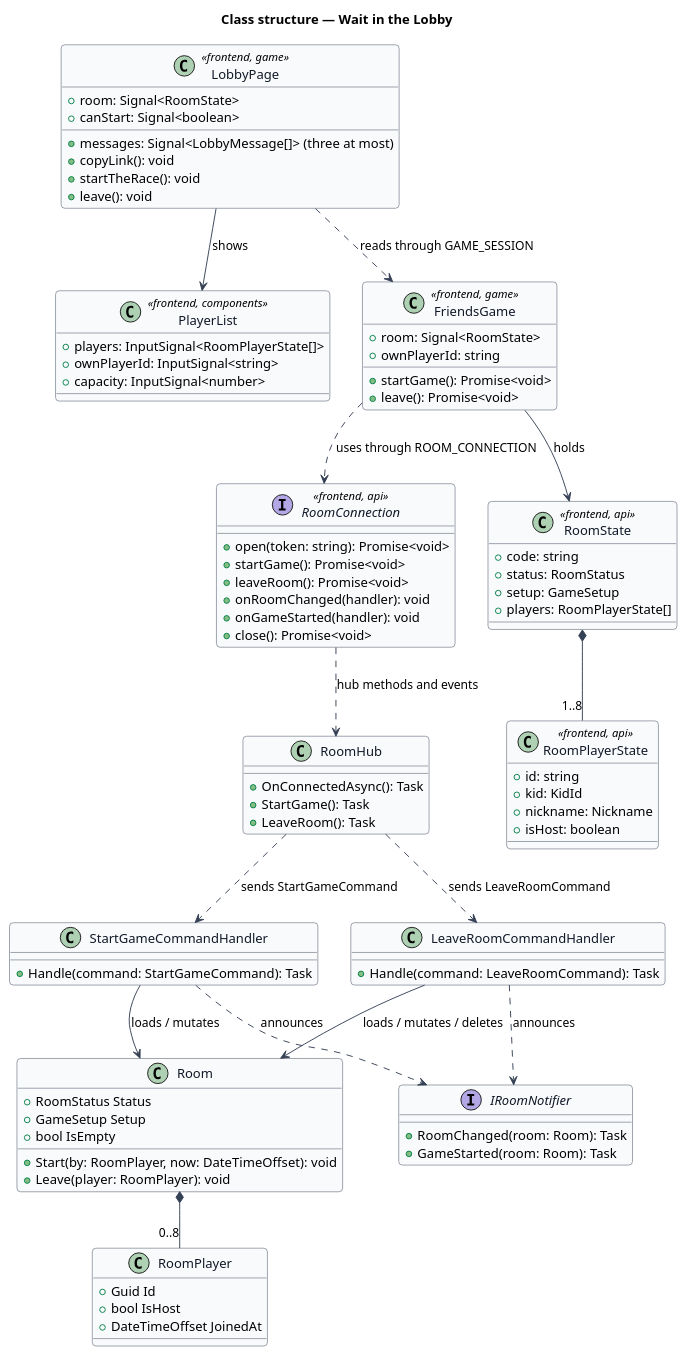
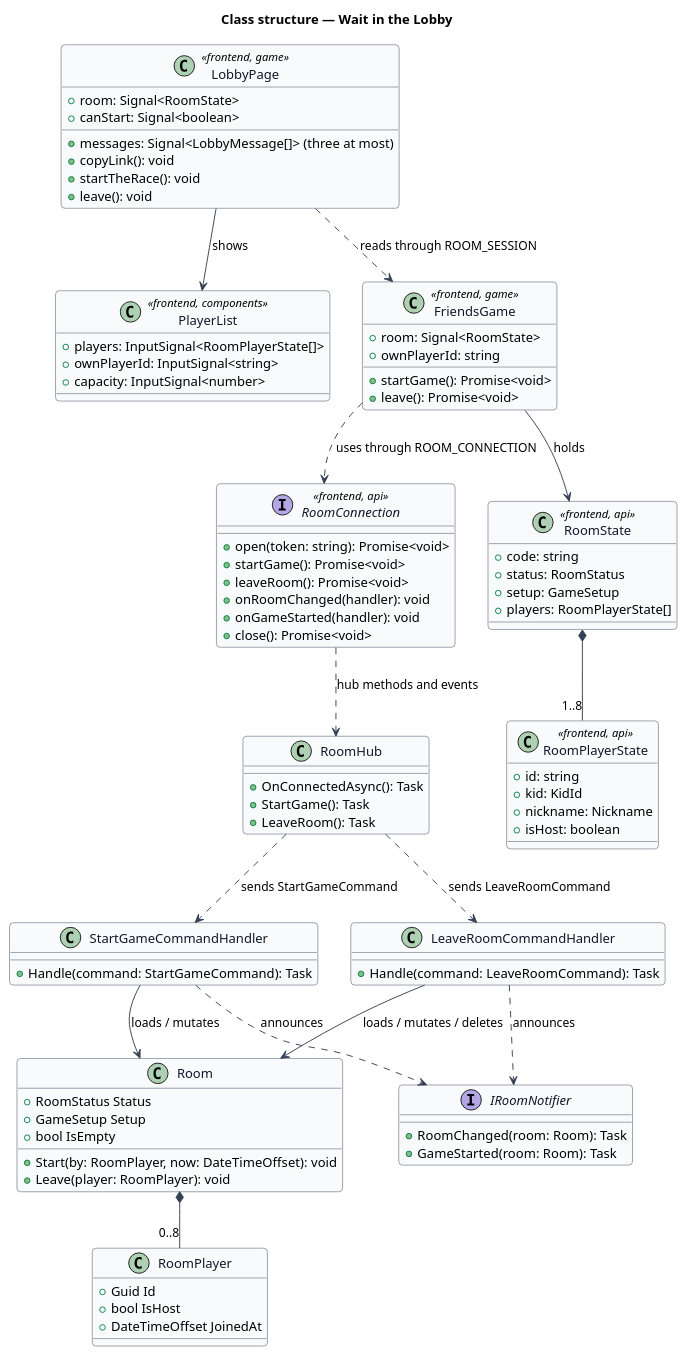
The diagram in docs/detailed-designs/rooms/wait-in-lobby/diagrams/class-structure.puml (QuinntyneBrown/around-the-world), drawn with PlantUML before and after one commit. The commit also changed 14 other files, not shown here.

First line of the commit message:
Decide joining a room and the Lobby's live updates: ADR 0032, the designs and the room's link

```diff
--- a/docs/detailed-designs/rooms/wait-in-lobby/diagrams/class-structure.puml
+++ b/docs/detailed-designs/rooms/wait-in-lobby/diagrams/class-structure.puml
@@ -1,96 +1,96 @@
 @startuml
 ' --- shared skin header ---
 skinparam backgroundColor #FFFFFF
 skinparam shadowing false
 skinparam roundcorner 8
 skinparam defaultFontName Arial
 skinparam ArrowColor #344054
 skinparam class {
   BorderColor #344054
   FontColor #101828
   BackgroundColor #F9FAFB
 }
 ' --------------------------
 title Class structure — Wait in the Lobby
 
 class LobbyPage <<frontend, game>> {
   +room: Signal<RoomState>
   +canStart: Signal<boolean>
   +messages: Signal<LobbyMessage[]> (three at most)
   +copyLink(): void
   +startTheRace(): void
   +leave(): void
 }
 class PlayerList <<frontend, components>> {
   +players: InputSignal<RoomPlayerState[]>
   +ownPlayerId: InputSignal<string>
   +capacity: InputSignal<number>
 }
 class FriendsGame <<frontend, game>> {
   +room: Signal<RoomState>
   +ownPlayerId: string
   +startGame(): Promise<void>
   +leave(): Promise<void>
 }
 interface RoomConnection <<frontend, api>> {
   +open(token: string): Promise<void>
   +startGame(): Promise<void>
   +leaveRoom(): Promise<void>
   +onRoomChanged(handler): void
   +onGameStarted(handler): void
   +close(): Promise<void>
 }
 class RoomState <<frontend, api>> {
   +code: string
   +status: RoomStatus
   +setup: GameSetup
   +players: RoomPlayerState[]
 }
 class RoomPlayerState <<frontend, api>> {
   +id: string
   +kid: KidId
   +nickname: Nickname
   +isHost: boolean
 }
 class RoomHub {
   +OnConnectedAsync(): Task
   +StartGame(): Task
   +LeaveRoom(): Task
 }
 class StartGameCommandHandler {
   +Handle(command: StartGameCommand): Task
 }
 class LeaveRoomCommandHandler {
   +Handle(command: LeaveRoomCommand): Task
 }
 class Room {
   +RoomStatus Status
   +GameSetup Setup
   +Start(by: RoomPlayer, now: DateTimeOffset): void
   +Leave(player: RoomPlayer): void
   +bool IsEmpty
 }
 class RoomPlayer {
   +Guid Id
   +bool IsHost
   +DateTimeOffset JoinedAt
 }
 interface IRoomNotifier {
   +RoomChanged(room: Room): Task
   +GameStarted(room: Room): Task
 }
 
 LobbyPage --> PlayerList : shows
-LobbyPage ..> FriendsGame : reads through GAME_SESSION
+LobbyPage ..> FriendsGame : reads through ROOM_SESSION
 FriendsGame ..> RoomConnection : uses through ROOM_CONNECTION
 FriendsGame --> RoomState : holds
 RoomState *-- "1..8" RoomPlayerState
 RoomConnection ..> RoomHub : hub methods and events
 RoomHub ..> StartGameCommandHandler : sends StartGameCommand
 RoomHub ..> LeaveRoomCommandHandler : sends LeaveRoomCommand
 StartGameCommandHandler --> Room : loads / mutates
 LeaveRoomCommandHandler --> Room : loads / mutates / deletes
 StartGameCommandHandler ..> IRoomNotifier : announces
 LeaveRoomCommandHandler ..> IRoomNotifier : announces
 Room *-- "0..8" RoomPlayer
 @enduml
```
